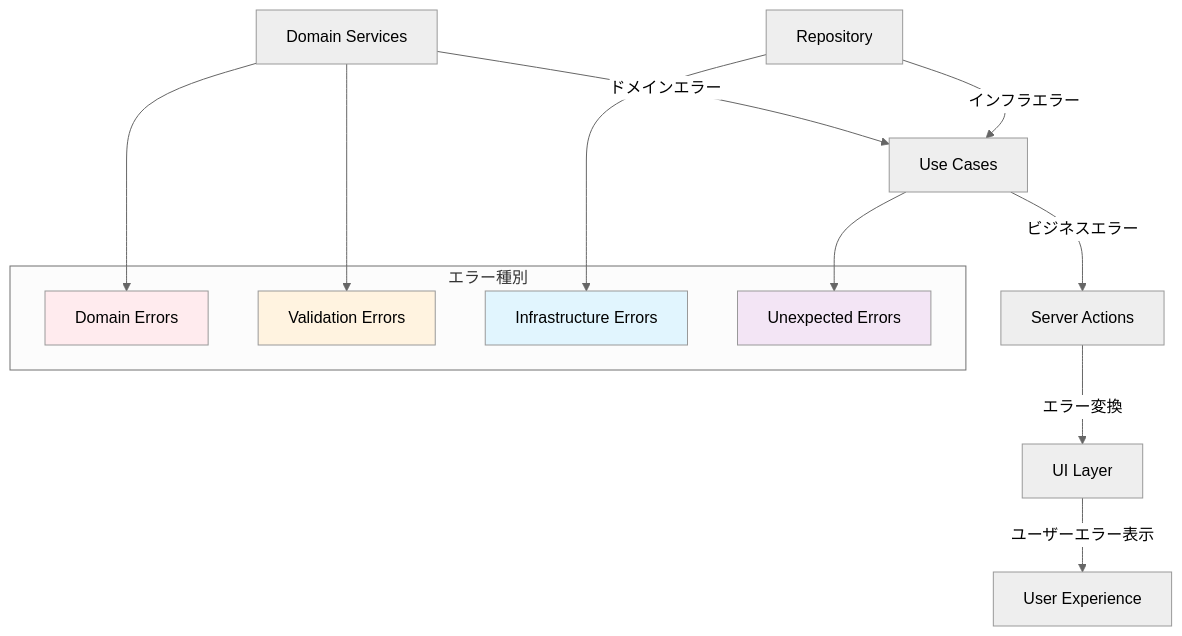
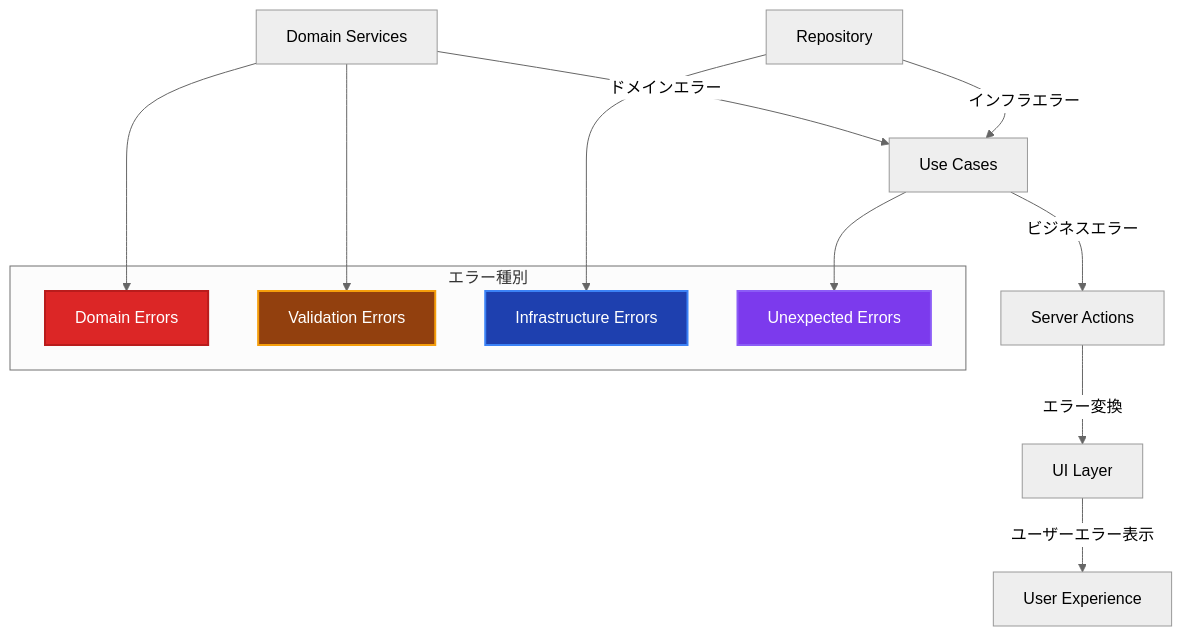
The first of 2 diagrams in _DOCS/guides/ddd/cross-cutting/error-handling.md (derushio/d-next-ddd-example), drawn with Mermaid (neutral theme) before and after one commit. The commit also changed other lines of this file and 31 other files, not shown here.

Commit message:
🎨: DOCSのMermaid図表カラーテーマを暗色に統一し視認性を向上

````diff
--- a/_DOCS/guides/ddd/cross-cutting/error-handling.md
+++ b/_DOCS/guides/ddd/cross-cutting/error-handling.md
@@ -9,25 +9,25 @@
 ```mermaid
 graph TD
     UI[UI Layer] --> |ユーザーエラー表示| UE[User Experience]
     SA[Server Actions] --> |エラー変換| UI
     UC[Use Cases] --> |ビジネスエラー| SA
     DS[Domain Services] --> |ドメインエラー| UC
     REPO[Repository] --> |インフラエラー| UC
     
     subgraph "エラー種別"
         DE[Domain Errors]
         VE[Validation Errors]
         IE[Infrastructure Errors]
         UNE[Unexpected Errors]
     end
     
     DS --> DE
     DS --> VE
     REPO --> IE
     UC --> UNE
     
-    style DE fill:#ffebee
-    style VE fill:#fff3e0
-    style IE fill:#e1f5fe
-    style UNE fill:#f3e5f5
+    style DE fill:#dc2626,stroke:#b91c1c,stroke-width:2px,color:#ffffff
+    style VE fill:#92400e,stroke:#f59e0b,stroke-width:2px,color:#ffffff
+    style IE fill:#1e40af,stroke:#3b82f6,stroke-width:2px,color:#ffffff
+    style UNE fill:#7c3aed,stroke:#8b5cf6,stroke-width:2px,color:#ffffff
 ```
````
